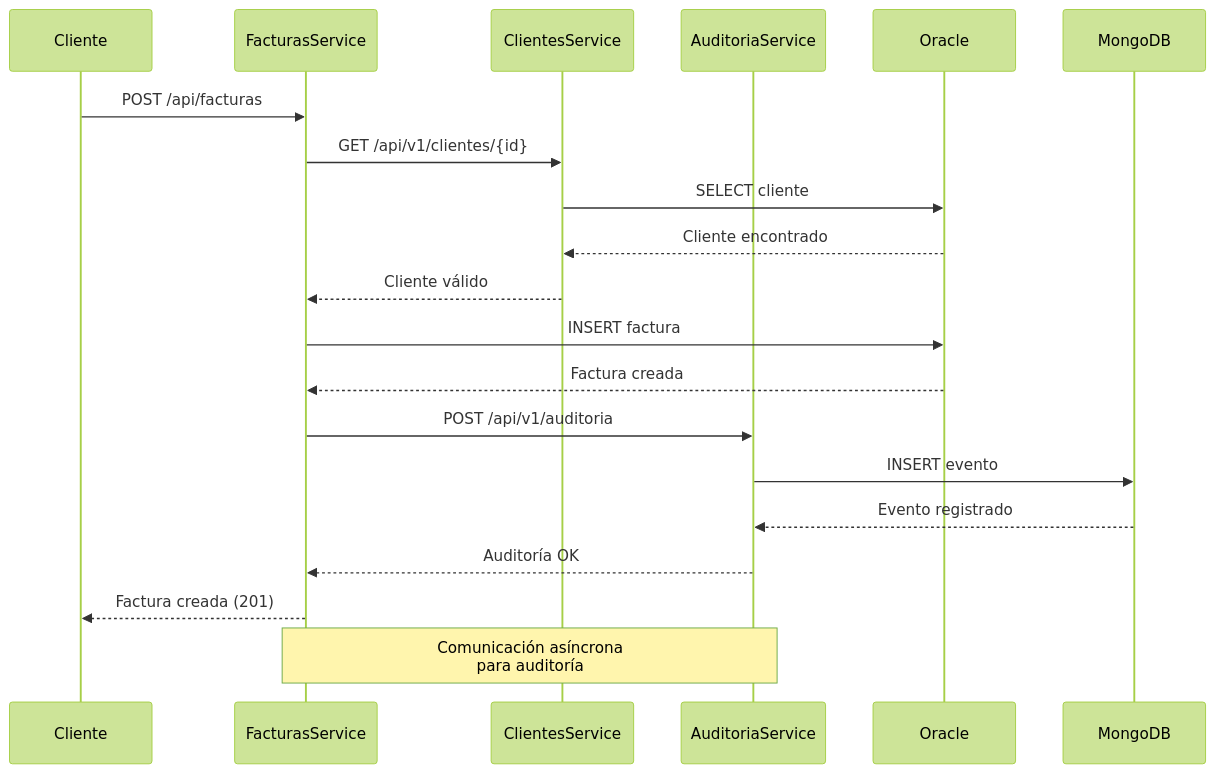
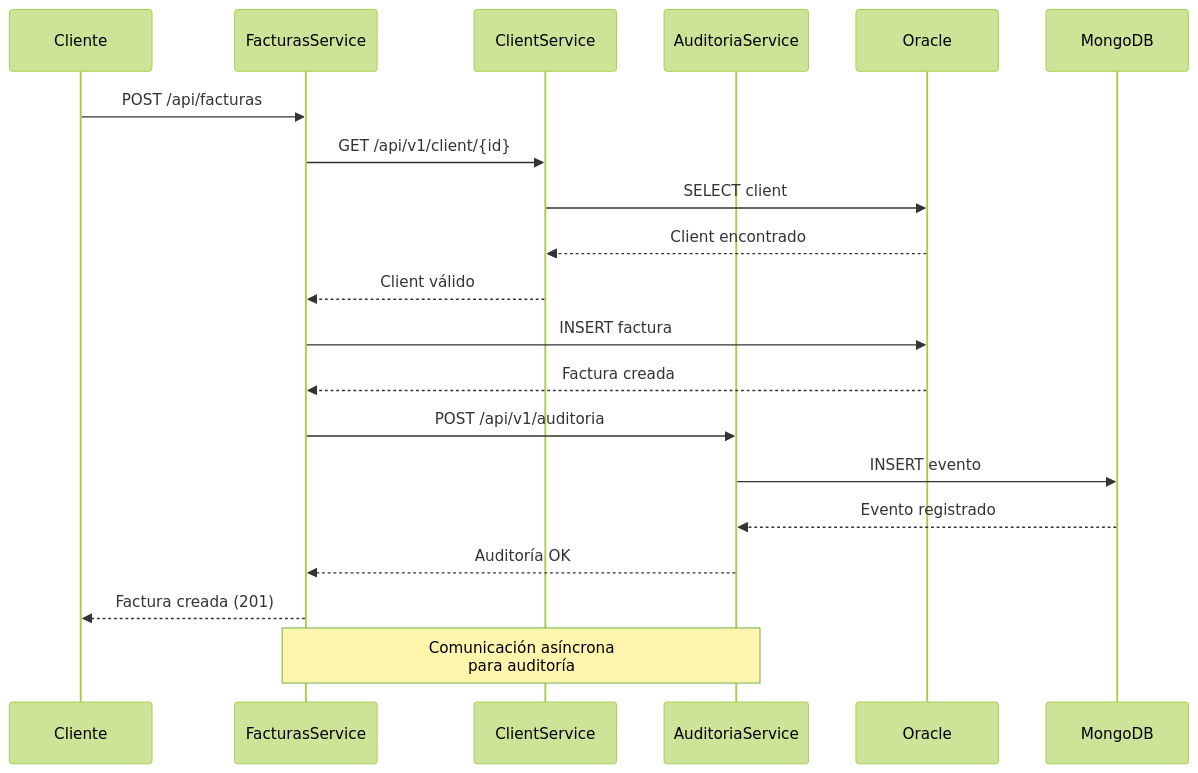
The second of 5 diagrams in docs/arquitectura.md (mailo2202/prueba-tecnica-double-v), drawn with Mermaid (forest theme) before and after one commit. The commit also changed other lines of this file and 69 other files, not shown here.

````diff
--- a/docs/arquitectura.md
+++ b/docs/arquitectura.md
@@ -56,24 +56,24 @@
 ```mermaid
 sequenceDiagram
     participant C as Cliente
     participant F as FacturasService
-    participant CS as ClientesService
+    participant CS as ClientService
     participant AS as AuditoriaService
     participant O as Oracle
     participant M as MongoDB
     
     C->>F: POST /api/facturas
-    F->>CS: GET /api/v1/clientes/{id}
-    CS->>O: SELECT cliente
-    O-->>CS: Cliente encontrado
-    CS-->>F: Cliente válido
+    F->>CS: GET /api/v1/client/{id}
+    CS->>O: SELECT client
+    O-->>CS: Client encontrado
+    CS-->>F: Client válido
     F->>O: INSERT factura
     O-->>F: Factura creada
     F->>AS: POST /api/v1/auditoria
     AS->>M: INSERT evento
     M-->>AS: Evento registrado
     AS-->>F: Auditoría OK
     F-->>C: Factura creada (201)
     
     Note over F,AS: Comunicación asíncrona<br/>para auditoría
 ```
````
